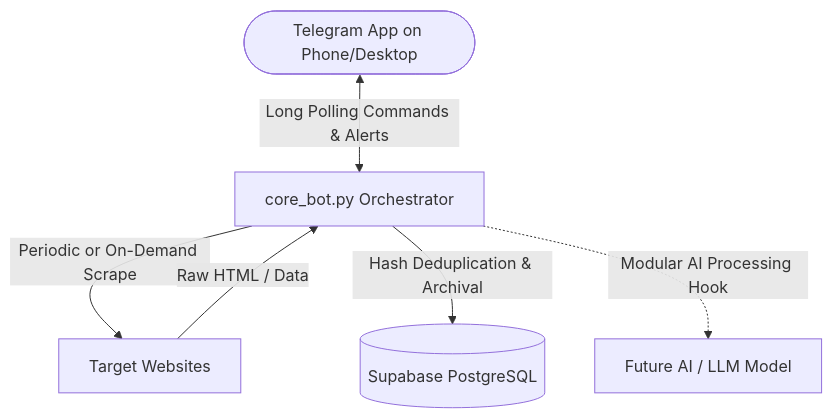
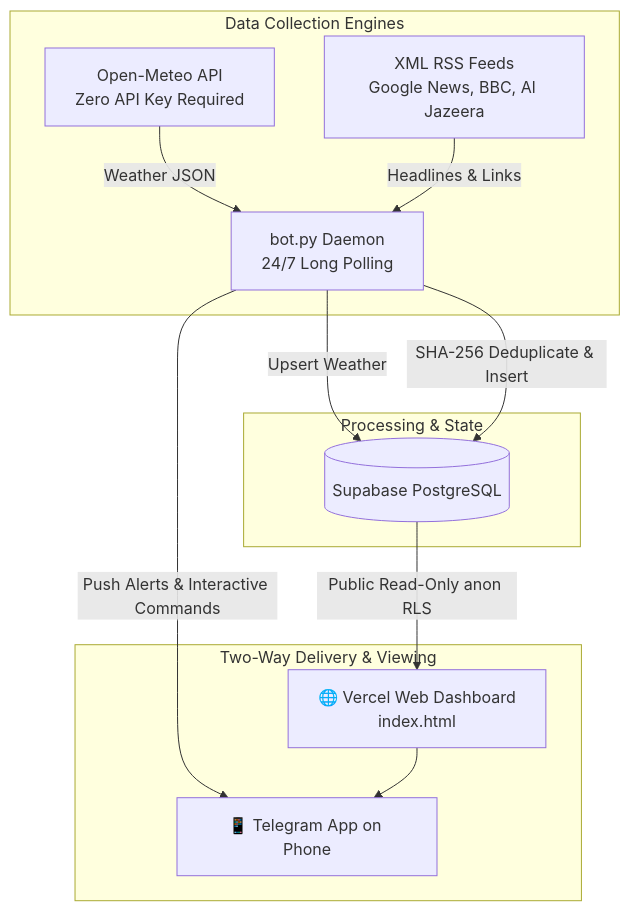
One commit to PANDEMICDRAGON/MYBOT changed the diagram in README.md. Above: the diagram before and after it, drawn with Mermaid. The commit also changed other lines of this file and 8 other files, not shown here.

Commit message:
Add News & Weather bot, Supabase RLS schema, and Vercel cyber-telemetry dashboard

````diff
--- a/README.md
+++ b/README.md
@@ -9,8 +9,18 @@
 ```mermaid
 graph TD
-    User([Telegram App on Phone/Desktop]) <-->|Long Polling Commands & Alerts| Bot[core_bot.py Orchestrator]
-    Bot -->|Periodic or On-Demand Scrape| Target[Target Websites]
-    Target -->|Raw HTML / Data| Bot
-    Bot -->|Hash Deduplication & Archival| DB[(Supabase PostgreSQL)]
-    Bot -.->|Modular AI Processing Hook| AI[Future AI / LLM Model]
+    subgraph Data Collection Engines
+        Meteo[Open-Meteo API<br/>Zero API Key Required] -->|Weather JSON| Bot[bot.py Daemon<br/>24/7 Long Polling]
+        Feeds[XML RSS Feeds<br/>Google News, BBC, Al Jazeera] -->|Headlines & Links| Bot
+    end
+
+    subgraph Processing & State
+        Bot -->|Upsert Weather| DB[(Supabase PostgreSQL)]
+        Bot -->|SHA-256 Deduplicate & Insert| DB
+    end
+
+    subgraph Two-Way Delivery & Viewing
+        Bot -->|Push Alerts & Interactive Commands| Phone[📱 Telegram App on Phone]
+        DB -->|Public Read-Only anon RLS| Web[🌐 Vercel Web Dashboard<br/>index.html]
+        Web --> Phone
+    end
 ```
````
